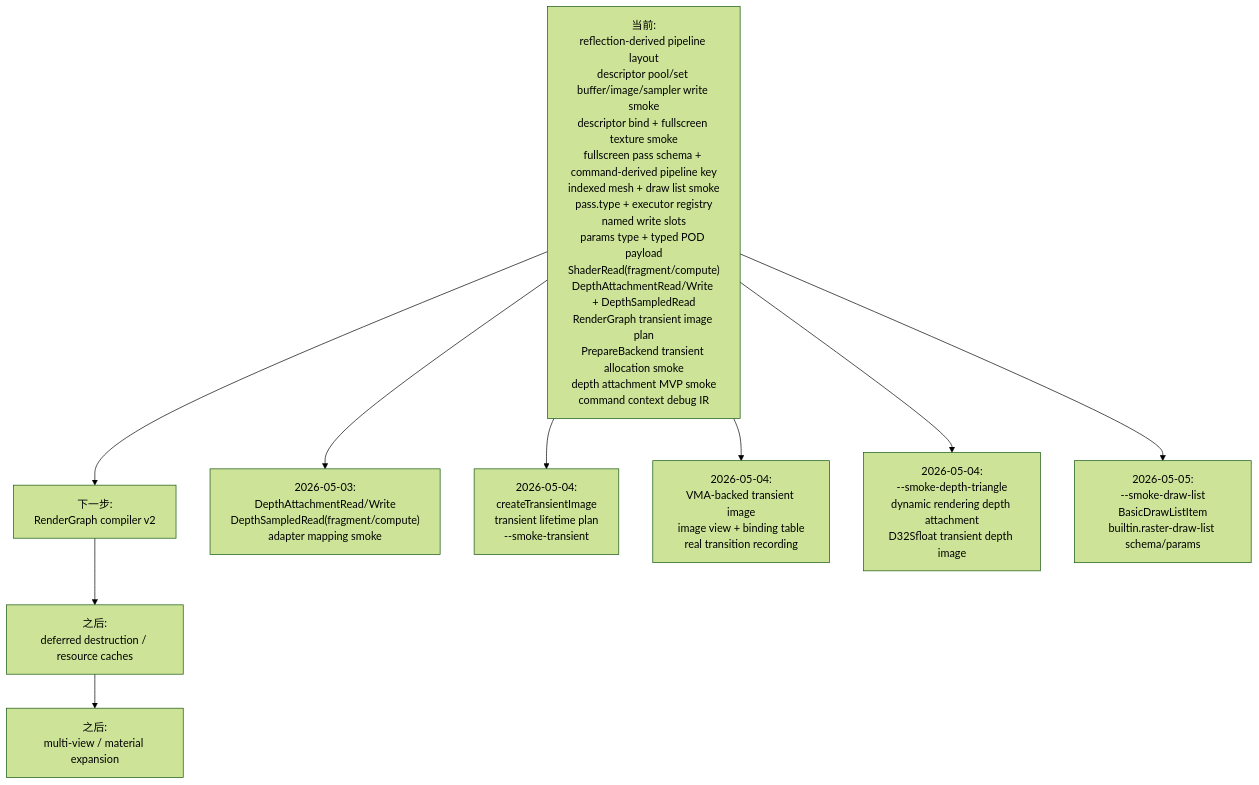
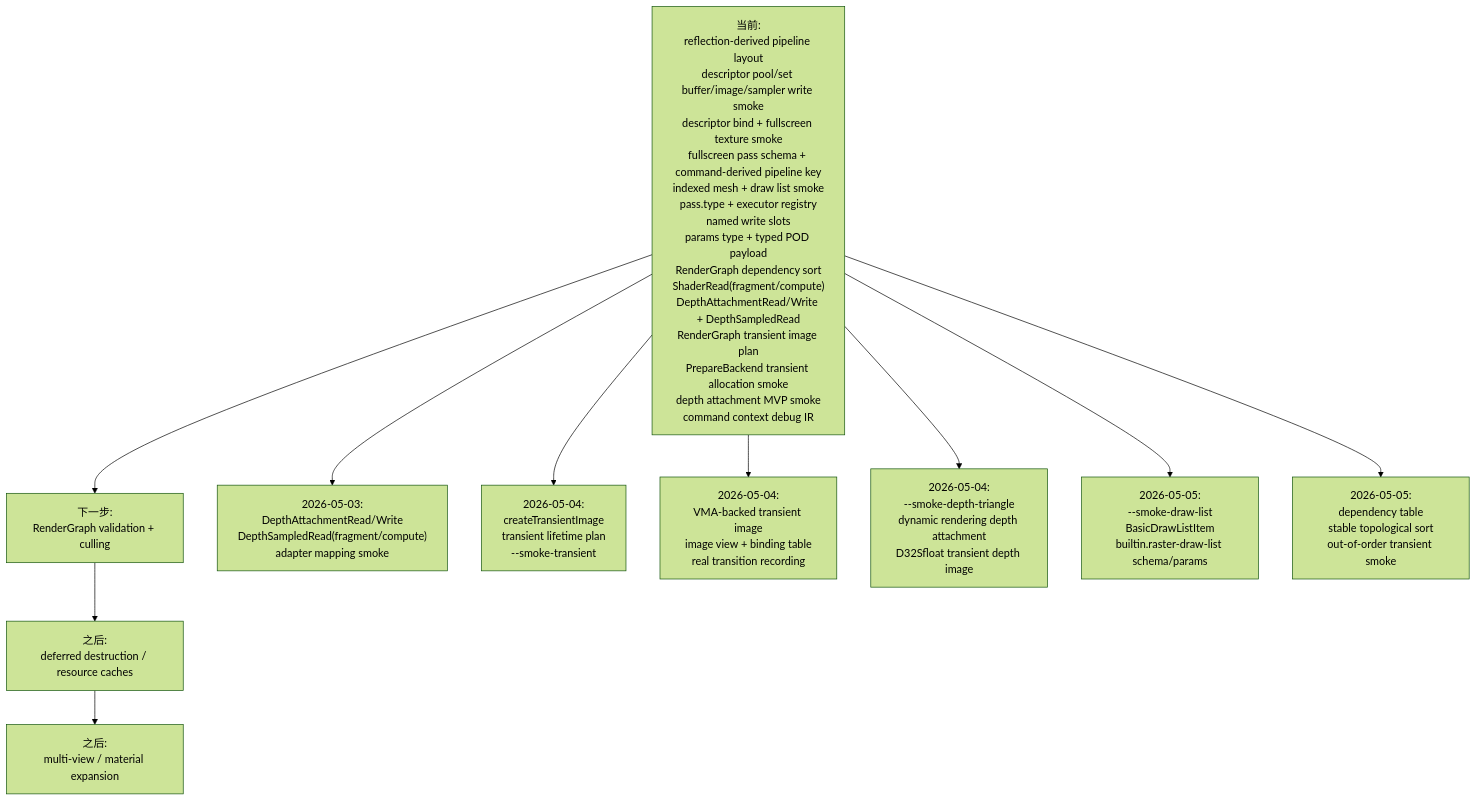
Diagram 14 of 14 in docs/flow-architecture.md (66six11/Engine), drawn with Mermaid (forest theme) before and after one commit. The commit also changed other lines of this file and 5 other files, not shown here.

````diff
--- a/docs/flow-architecture.md
+++ b/docs/flow-architecture.md
@@ -564,20 +568,22 @@
 ```mermaid
 flowchart TD
-    Now["当前:<br/>reflection-derived pipeline layout<br/>descriptor pool/set buffer/image/sampler write smoke<br/>descriptor bind + fullscreen texture smoke<br/>fullscreen pass schema + command-derived pipeline key<br/>indexed mesh + draw list smoke<br/>pass.type + executor registry<br/>named write slots<br/>params type + typed POD payload<br/>ShaderRead(fragment/compute)<br/>DepthAttachmentRead/Write + DepthSampledRead<br/>RenderGraph transient image plan<br/>PrepareBackend transient allocation smoke<br/>depth attachment MVP smoke<br/>command context debug IR"]
-    Step1["下一步:<br/>RenderGraph compiler v2"]
+    Now["当前:<br/>reflection-derived pipeline layout<br/>descriptor pool/set buffer/image/sampler write smoke<br/>descriptor bind + fullscreen texture smoke<br/>fullscreen pass schema + command-derived pipeline key<br/>indexed mesh + draw list smoke<br/>pass.type + executor registry<br/>named write slots<br/>params type + typed POD payload<br/>RenderGraph dependency sort<br/>ShaderRead(fragment/compute)<br/>DepthAttachmentRead/Write + DepthSampledRead<br/>RenderGraph transient image plan<br/>PrepareBackend transient allocation smoke<br/>depth attachment MVP smoke<br/>command context debug IR"]
+    Step1["下一步:<br/>RenderGraph validation + culling"]
     Step2["之后:<br/>deferred destruction / resource caches"]
     Step3["之后:<br/>multi-view / material expansion"]
 
     Now --> Step1 --> Step2 --> Step3
 
     DepthStateUpdate["2026-05-03:<br/>DepthAttachmentRead/Write<br/>DepthSampledRead(fragment/compute)<br/>adapter mapping smoke"]
     Now --> DepthStateUpdate
     TransientUpdate["2026-05-04:<br/>createTransientImage<br/>transient lifetime plan<br/>--smoke-transient"]
     Now --> TransientUpdate
     TransientVkUpdate["2026-05-04:<br/>VMA-backed transient image<br/>image view + binding table<br/>real transition recording"]
     Now --> TransientVkUpdate
     DepthTriangleUpdate["2026-05-04:<br/>--smoke-depth-triangle<br/>dynamic rendering depth attachment<br/>D32Sfloat transient depth image"]
     Now --> DepthTriangleUpdate
     DrawListUpdate["2026-05-05:<br/>--smoke-draw-list<br/>BasicDrawListItem<br/>builtin.raster-draw-list schema/params"]
     Now --> DrawListUpdate
+    DependencySortUpdate["2026-05-05:<br/>dependency table<br/>stable topological sort<br/>out-of-order transient smoke"]
+    Now --> DependencySortUpdate
 ```
````
